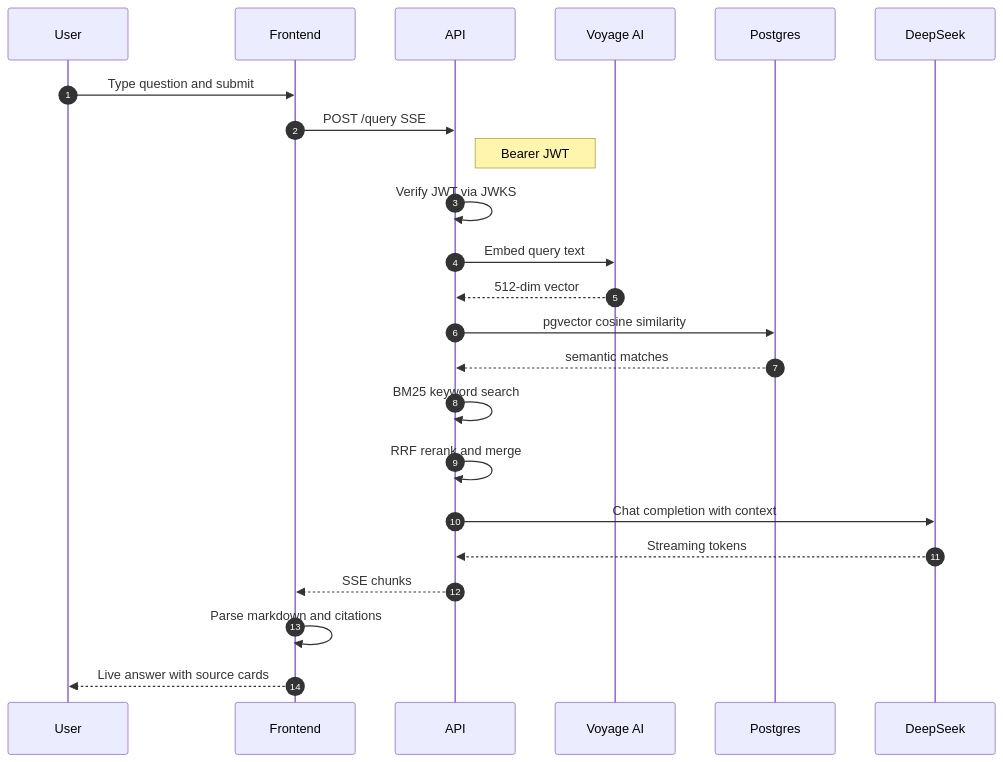
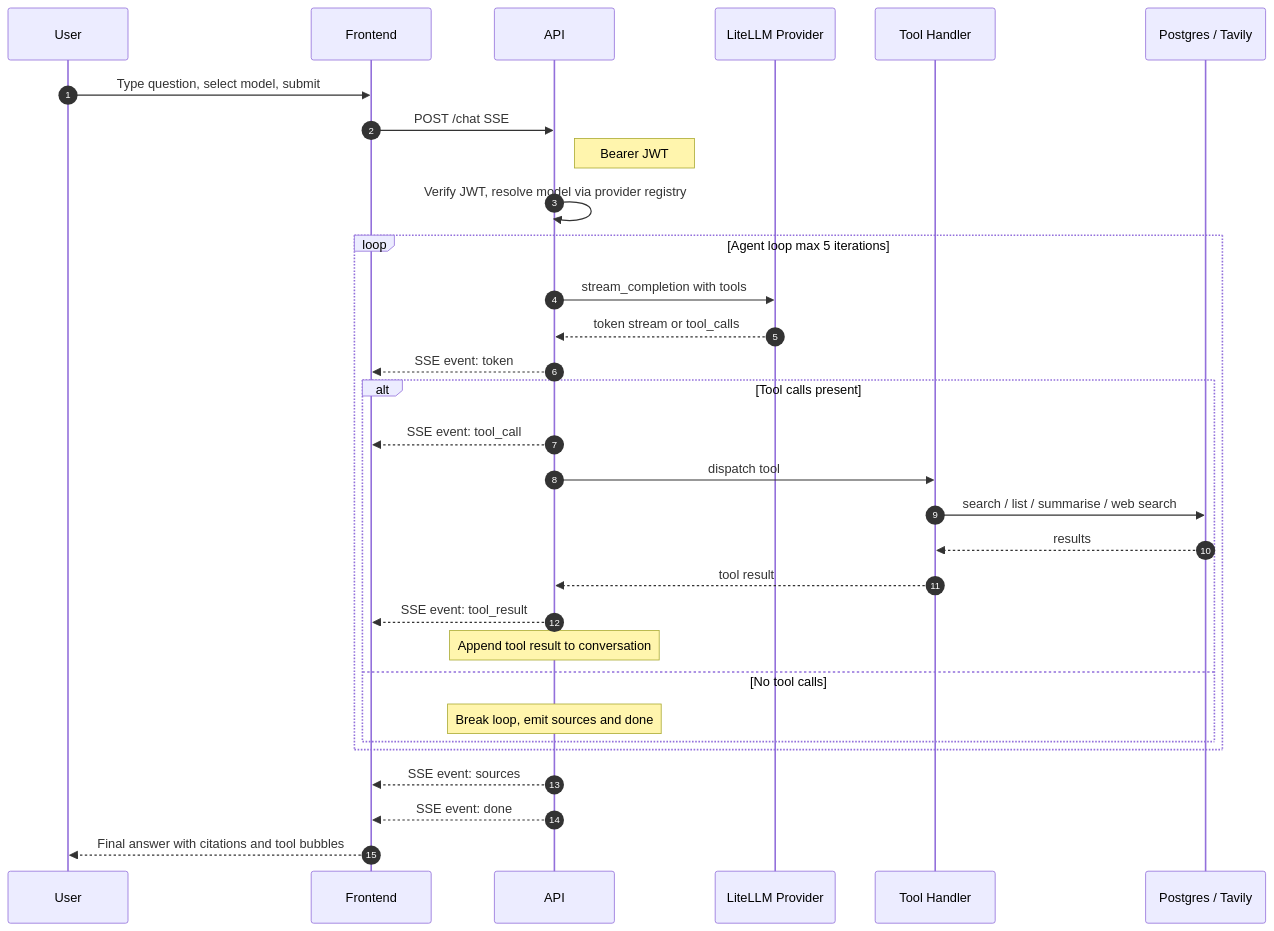
Before and after one commit to Xinnan-Alex/PaperPilot: the third of 4 diagrams in readme.md, drawn with Mermaid. The commit also changed other lines of this file and 1 other file, not shown here.

Commit message:
docs: update readme and AGENTS for agentic multi-provider chat

````diff
--- a/readme.md
+++ b/readme.md
@@ -103,29 +111,36 @@
 ```mermaid
 sequenceDiagram
     autonumber
     participant U as User
     participant F as Frontend
     participant A as API
-    participant V as Voyage AI
-    participant DB as Postgres
-    participant D as DeepSeek
+    participant LLM as LiteLLM Provider
+    participant T as Tool Handler
+    participant DB as Postgres / Tavily
 
-    U->>F: Type question and submit
-    F->>A: POST /query SSE
+    U->>F: Type question, select model, submit
+    F->>A: POST /chat SSE
     Note right of A: Bearer JWT
-    A->>A: Verify JWT via JWKS
+    A->>A: Verify JWT, resolve model via provider registry
 
-    A->>V: Embed query text
-    V-->>A: 512-dim vector
+    loop Agent loop max 5 iterations
+        A->>LLM: stream_completion with tools
+        LLM-->>A: token stream or tool_calls
+        A-->>F: SSE event: token
+        alt Tool calls present
+            A-->>F: SSE event: tool_call
+            A->>T: dispatch tool
+            T->>DB: search / list / summarise / web search
+            DB-->>T: results
+            T-->>A: tool result
+            A-->>F: SSE event: tool_result
+            Note over A: Append tool result to conversation
+        else No tool calls
+            Note over A: Break loop, emit sources and done
+        end
+    end
 
-    A->>DB: pgvector cosine similarity
-    DB-->>A: semantic matches
-    A->>A: BM25 keyword search
-    A->>A: RRF rerank and merge
-
-    A->>D: Chat completion with context
-    D-->>A: Streaming tokens
-    A-->>F: SSE chunks
-    F->>F: Parse markdown and citations
-    F-->>U: Live answer with source cards
+    A-->>F: SSE event: sources
+    A-->>F: SSE event: done
+    F-->>U: Final answer with citations and tool bubbles
 ```
````
